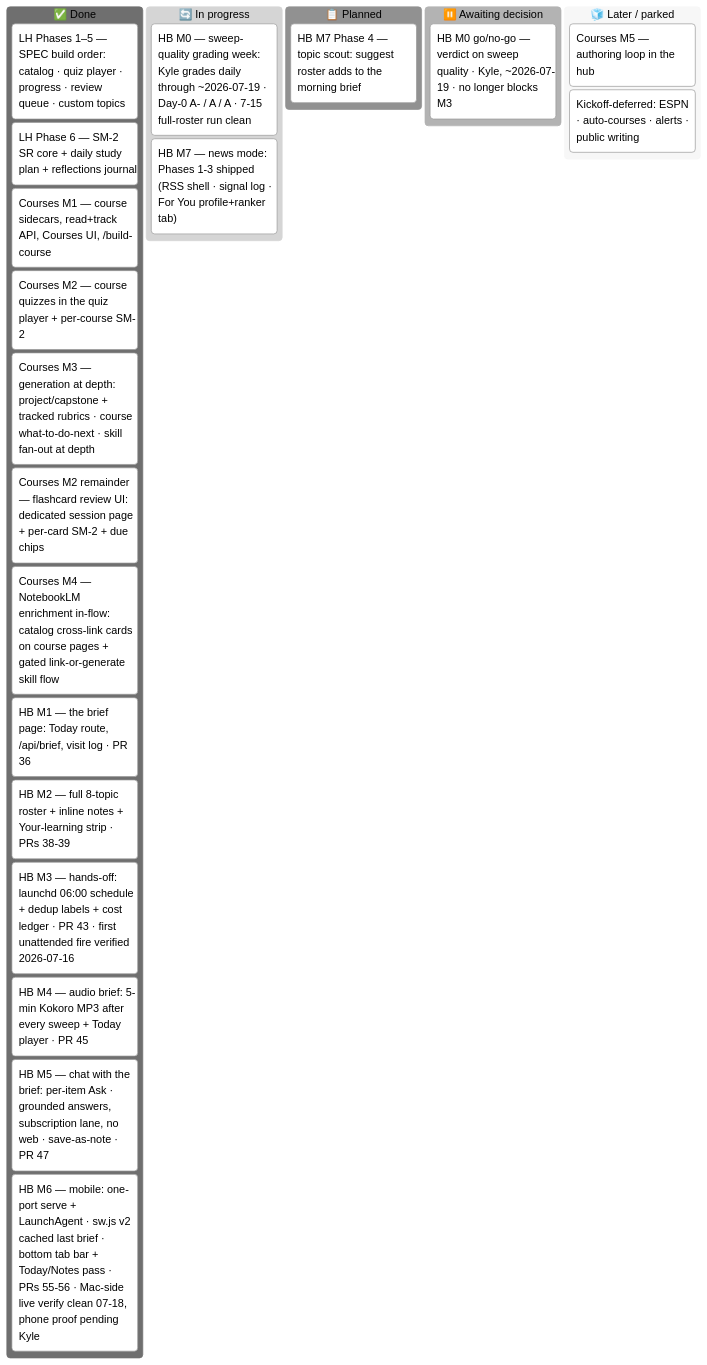
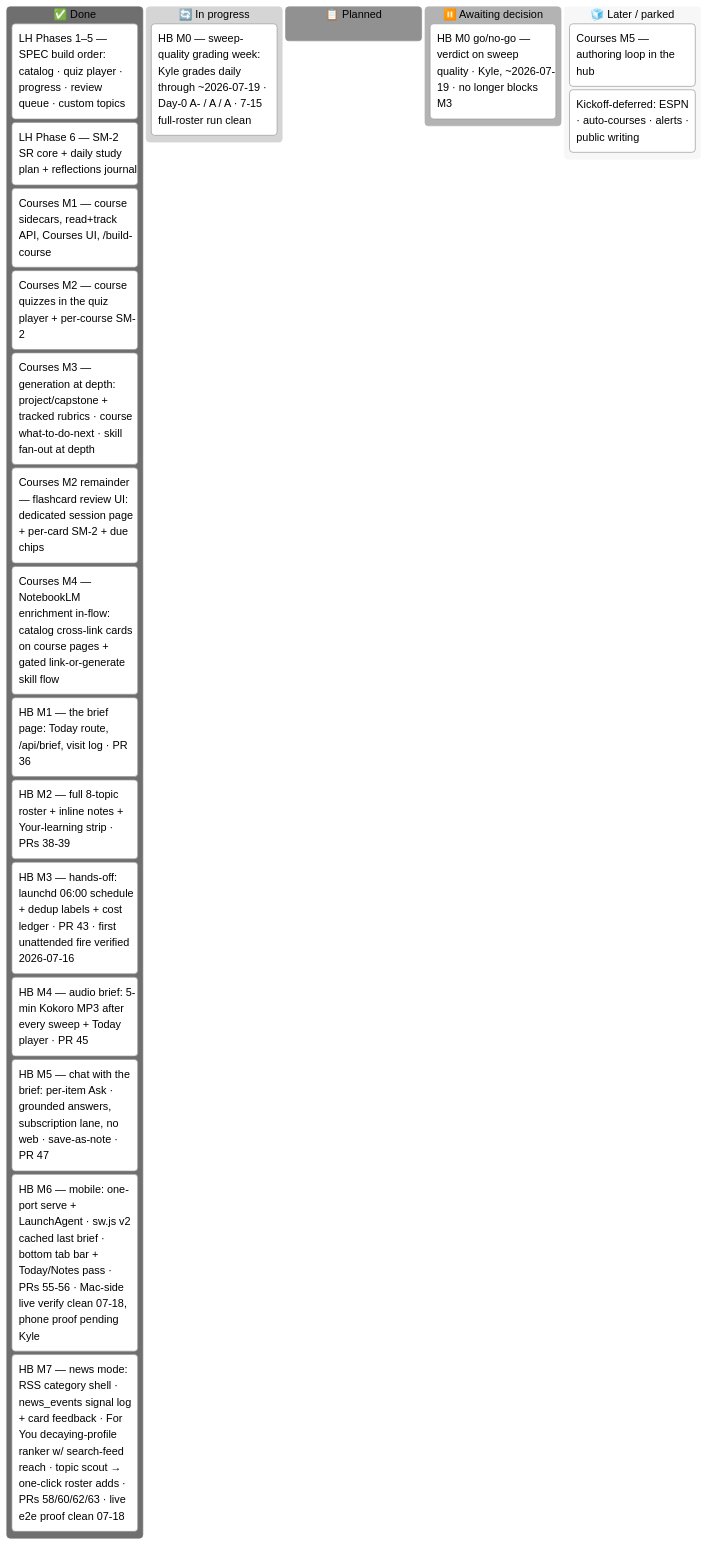
Before and after one commit to ksdisch/home-base: the diagram in docs/MASTER_PLAN.md, drawn with Mermaid (neutral theme). The commit also changed other lines of this file and 14 other files, not shown here.

First line of the commit message:
feat: M7 Phase 4 — topic scout (For You suggestions → one-click roster adds) (#63)

````diff
--- a/docs/MASTER_PLAN.md
+++ b/docs/MASTER_PLAN.md
@@ -39,27 +39,26 @@
 ```mermaid
 kanban
   done["✅ Done"]
     lh15["LH Phases 1–5 — SPEC build order: catalog · quiz player · progress · review queue · custom topics"]
     lh6["LH Phase 6 — SM-2 SR core + daily study plan + reflections journal"]
     lh7["Courses M1 — course sidecars, read+track API, Courses UI, /build-course"]
     lh7m2["Courses M2 — course quizzes in the quiz player + per-course SM-2"]
     lh7m3["Courses M3 — generation at depth: project/capstone + tracked rubrics · course what-to-do-next · skill fan-out at depth"]
     lh7fc["Courses M2 remainder — flashcard review UI: dedicated session page + per-card SM-2 + due chips"]
     lh7m4["Courses M4 — NotebookLM enrichment in-flow: catalog cross-link cards on course pages + gated link-or-generate skill flow"]
     hbm1["HB M1 — the brief page: Today route, /api/brief, visit log · PR 36"]
     hbm2["HB M2 — full 8-topic roster + inline notes + Your-learning strip · PRs 38-39"]
     hbm3["HB M3 — hands-off: launchd 06:00 schedule + dedup labels + cost ledger · PR 43 · first unattended fire verified 2026-07-16"]
     hbm4["HB M4 — audio brief: 5-min Kokoro MP3 after every sweep + Today player · PR 45"]
     hbm5["HB M5 — chat with the brief: per-item Ask · grounded answers, subscription lane, no web · save-as-note · PR 47"]
     hbm6["HB M6 — mobile: one-port serve + LaunchAgent · sw.js v2 cached last brief · bottom tab bar + Today/Notes pass · PRs 55-56 · Mac-side live verify clean 07-18, phone proof pending Kyle"]
+    hbm7["HB M7 — news mode: RSS category shell · news_events signal log + card feedback · For You decaying-profile ranker w/ search-feed reach · topic scout → one-click roster adds · PRs 58/60/62/63 · live e2e proof clean 07-18"]
   doing["🔄 In progress"]
     hbm0["HB M0 — sweep-quality grading week: Kyle grades daily through ~2026-07-19 · Day-0 A- / A / A · 7-15 full-roster run clean"]
-    hbm7["HB M7 — news mode: Phases 1-3 shipped (RSS shell · signal log · For You profile+ranker tab)"]
   next["📋 Planned"]
-    hbm7p4["HB M7 Phase 4 — topic scout: suggest roster adds to the morning brief"]
   decide["⏸️ Awaiting decision"]
     hbm0verdict["HB M0 go/no-go — verdict on sweep quality · Kyle, ~2026-07-19 · no longer blocks M3"]
   later["🧊 Later / parked"]
     cm5["Courses M5 — authoring loop in the hub"]
     defer["Kickoff-deferred: ESPN · auto-courses · alerts · public writing"]
 ```
````
